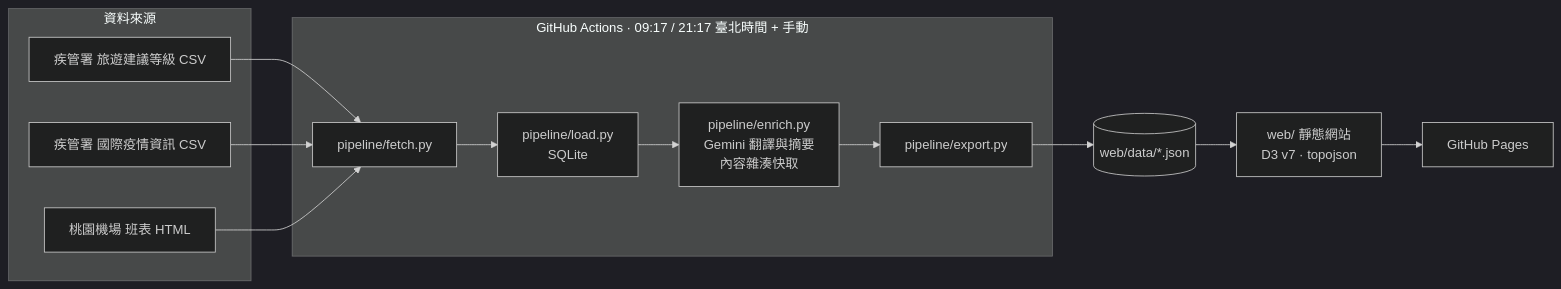
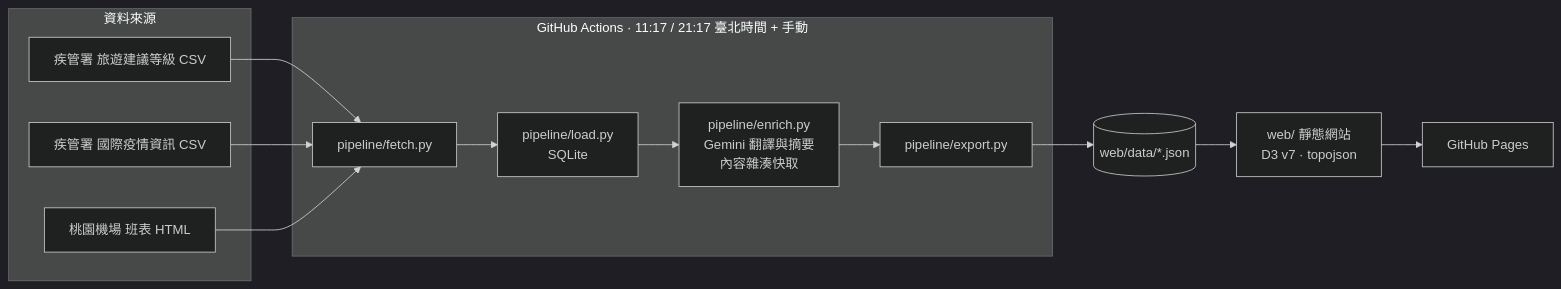
Before and after one commit to ancientsky/safetravel: the diagram in README.md, drawn with Mermaid (dark theme). The commit also changed other lines of this file and 3 other files, not shown here.

````diff
--- a/README.md
+++ b/README.md
@@ -27,19 +27,19 @@
 ```mermaid
 flowchart LR
   subgraph Sources[資料來源]
     A[疾管署 旅遊建議等級 CSV]
     B[疾管署 國際疫情資訊 CSV]
     C[桃園機場 班表 HTML]
   end
-  subgraph Actions[GitHub Actions · 09:17 / 21:17 臺北時間 + 手動]
+  subgraph Actions[GitHub Actions · 11:17 / 21:17 臺北時間 + 手動]
     F[pipeline/fetch.py] --> L[pipeline/load.py\nSQLite]
     L --> E[pipeline/enrich.py\nGemini 翻譯與摘要\n內容雜湊快取]
     E --> X[pipeline/export.py]
   end
   A --> F
   B --> F
   C --> F
   X --> D[(web/data/*.json)]
   D --> W[web/ 靜態網站\nD3 v7 · topojson]
   W --> P[GitHub Pages]
 ```
````
